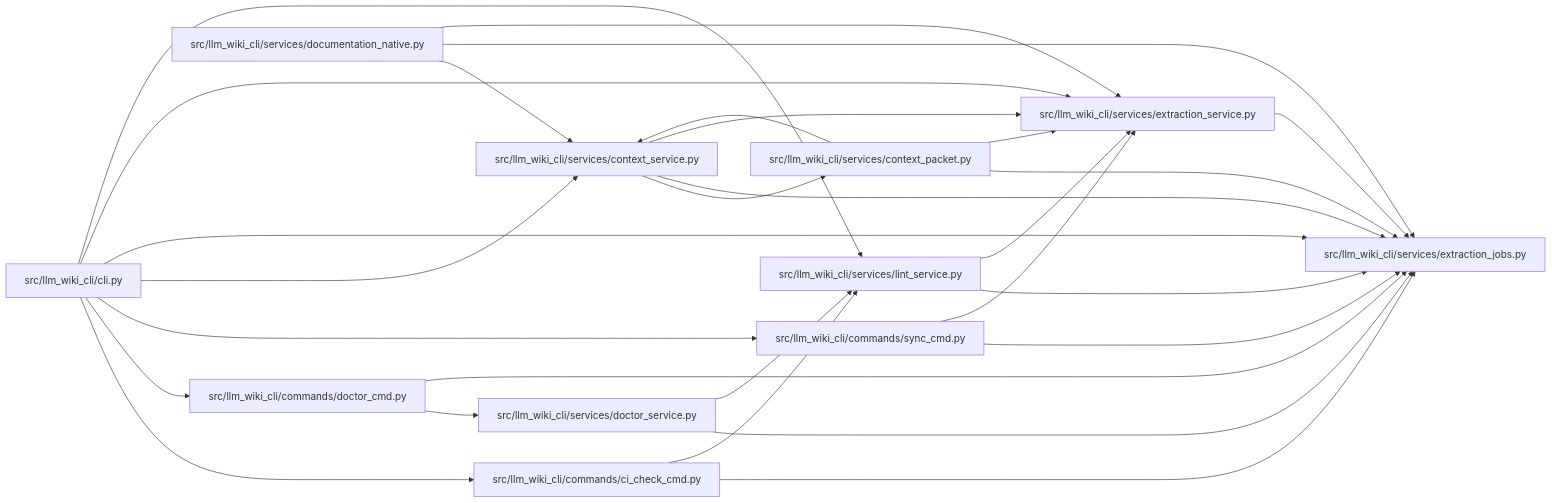
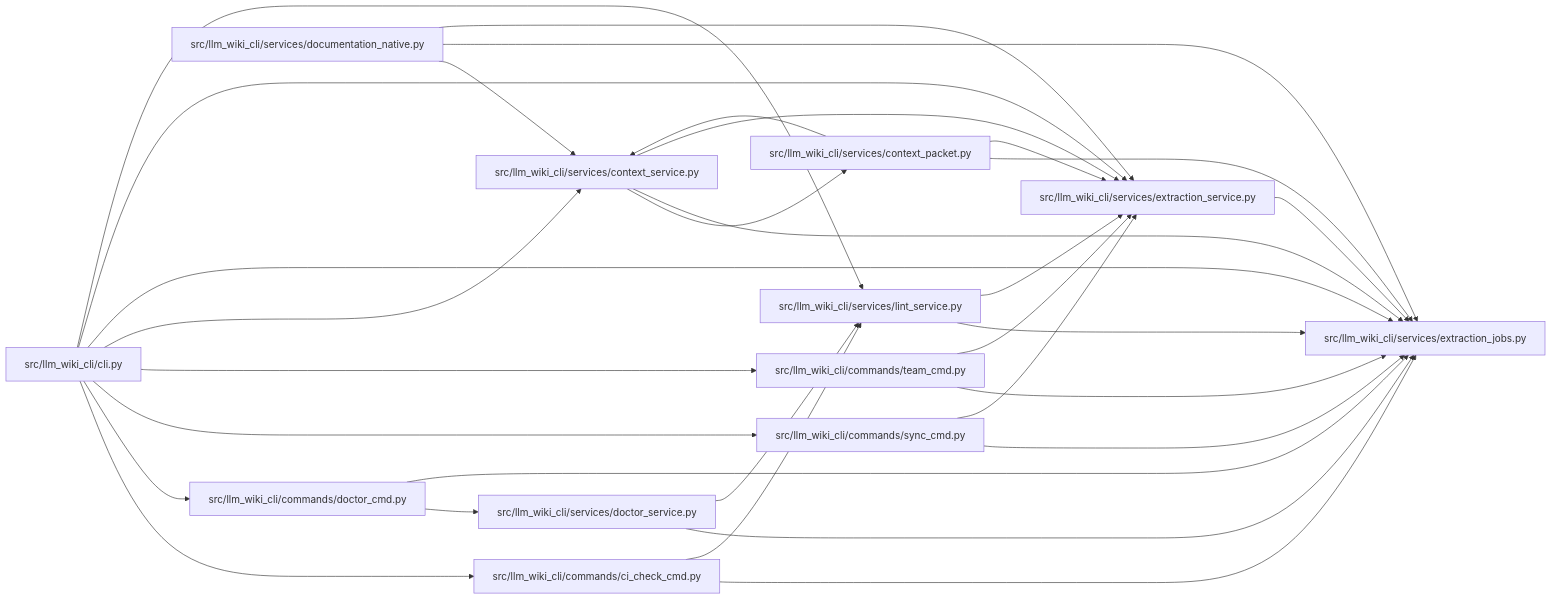
One commit to Denissvgn/python-wiki-llm changed the diagram in docs/llm_wiki/modules/extraction_jobs.md. Above: the diagram before and after it, drawn with Mermaid. The commit also changed other lines of this file and 240 other files, not shown here.

````diff
--- a/docs/llm_wiki/modules/extraction_jobs.md
+++ b/docs/llm_wiki/modules/extraction_jobs.md
@@ -23,52 +23,57 @@
 ```mermaid
 flowchart LR
     n0["src/llm_wiki_cli/cli.py"]
     n1["src/llm_wiki_cli/commands/ci_check_cmd.py"]
     n2["src/llm_wiki_cli/commands/doctor_cmd.py"]
     n3["src/llm_wiki_cli/commands/sync_cmd.py"]
-    n4["src/llm_wiki_cli/services/context_packet.py"]
-    n5["src/llm_wiki_cli/services/context_service.py"]
-    n6["src/llm_wiki_cli/services/doctor_service.py"]
-    n7["src/llm_wiki_cli/services/documentation_native.py"]
-    n8["src/llm_wiki_cli/services/extraction_jobs.py"]
-    n9["src/llm_wiki_cli/services/extraction_service.py"]
-    n10["src/llm_wiki_cli/services/lint_service.py"]
+    n4["src/llm_wiki_cli/commands/team_cmd.py"]
+    n5["src/llm_wiki_cli/services/context_packet.py"]
+    n6["src/llm_wiki_cli/services/context_service.py"]
+    n7["src/llm_wiki_cli/services/doctor_service.py"]
+    n8["src/llm_wiki_cli/services/documentation_native.py"]
+    n9["src/llm_wiki_cli/services/extraction_jobs.py"]
+    n10["src/llm_wiki_cli/services/extraction_service.py"]
+    n11["src/llm_wiki_cli/services/lint_service.py"]
     n0 --> n1
     n0 --> n2
     n0 --> n3
-    n0 --> n5
-    n0 --> n8
+    n0 --> n4
+    n0 --> n6
     n0 --> n9
     n0 --> n10
-    n1 --> n8
-    n1 --> n10
-    n2 --> n6
-    n2 --> n8
-    n3 --> n8
+    n0 --> n11
+    n1 --> n9
+    n1 --> n11
+    n2 --> n7
+    n2 --> n9
     n3 --> n9
-    n4 --> n5
-    n4 --> n8
+    n3 --> n10
     n4 --> n9
-    n5 --> n4
-    n5 --> n8
+    n4 --> n10
+    n5 --> n6
     n5 --> n9
-    n6 --> n8
+    n5 --> n10
+    n6 --> n5
+    n6 --> n9
     n6 --> n10
-    n7 --> n5
-    n7 --> n8
     n7 --> n9
-    n9 --> n8
-    n10 --> n8
+    n7 --> n11
+    n8 --> n6
+    n8 --> n9
+    n8 --> n10
     n10 --> n9
+    n11 --> n9
+    n11 --> n10
     click n0 "../modules/cli.md"
     click n1 "../modules/ci_check_cmd.md"
     click n2 "../modules/doctor_cmd.md"
     click n3 "../modules/sync_cmd.md"
-    click n4 "../modules/context_packet.md"
-    click n5 "../modules/context_service.md"
-    click n6 "../modules/doctor_service.md"
-    click n7 "../modules/documentation_native.md"
-    click n8 "../modules/extraction_jobs.md"
-    click n9 "../modules/extraction_service.md"
-    click n10 "../modules/lint_service.md"
+    click n4 "../modules/team_cmd.md"
+    click n5 "../modules/context_packet.md"
+    click n6 "../modules/context_service.md"
+    click n7 "../modules/doctor_service.md"
+    click n8 "../modules/documentation_native.md"
+    click n9 "../modules/extraction_jobs.md"
+    click n10 "../modules/extraction_service.md"
+    click n11 "../modules/lint_service.md"
 ```
````
